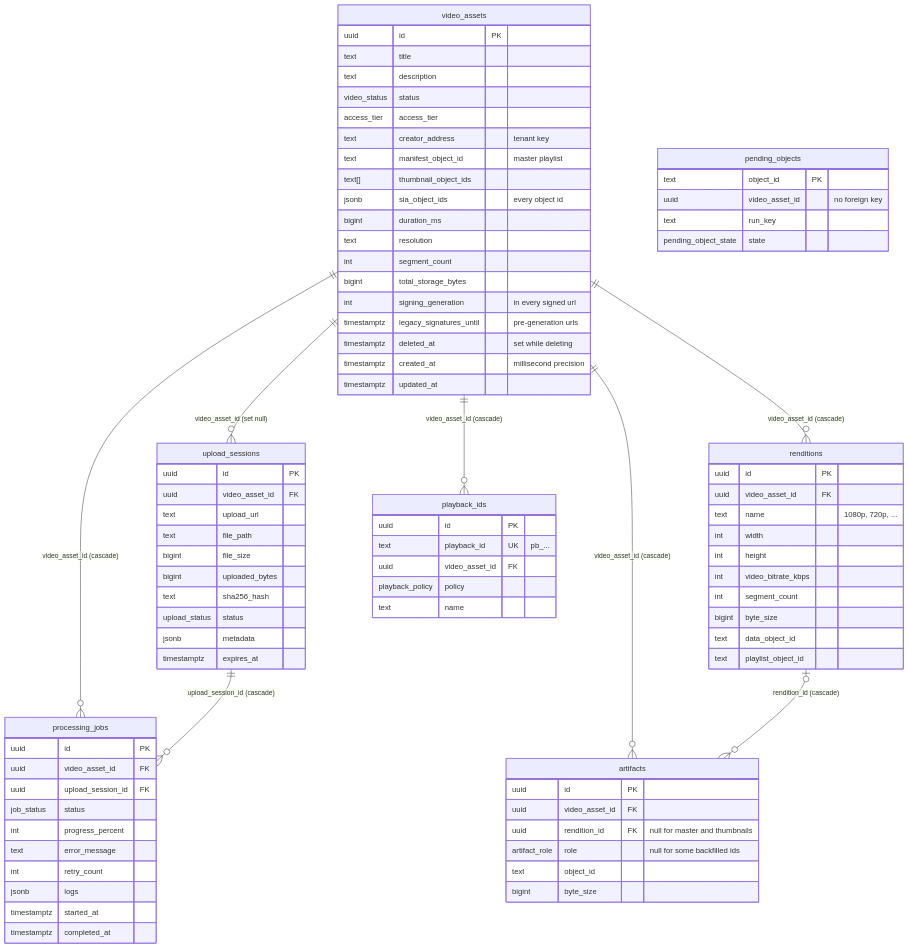
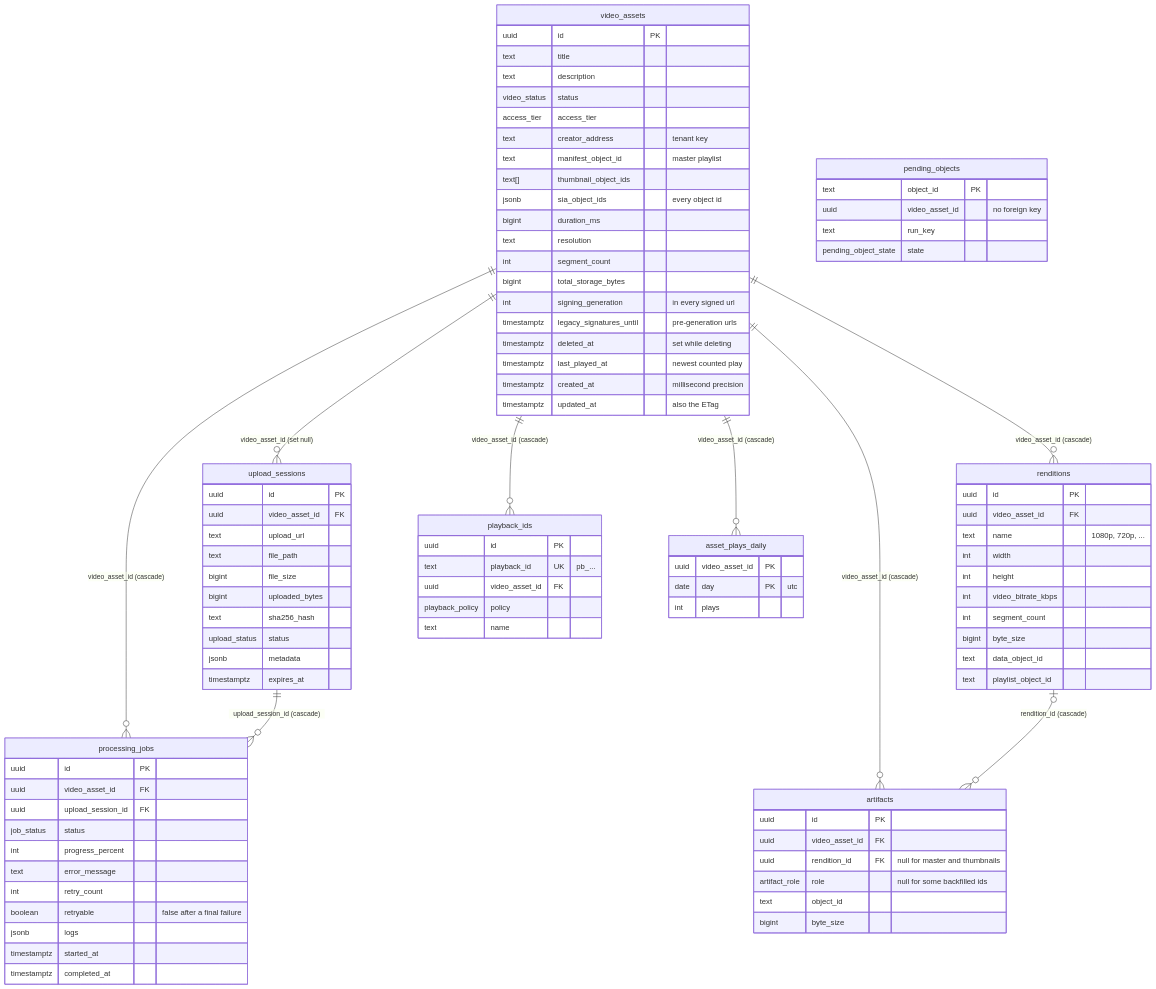
Before and after one commit to justmert/Sluby: the first of 4 diagrams in docs/architecture/data-model.md, drawn with Mermaid. The commit also changed other lines of this file and 8 other files, not shown here.

```diff
--- a/docs/architecture/data-model.md
+++ b/docs/architecture/data-model.md
@@ -18,6 +18,7 @@
   video_assets ||--o{ artifacts : "video_asset_id (cascade)"
   renditions |o--o{ artifacts : "rendition_id (cascade)"
   video_assets ||--o{ playback_ids : "video_asset_id (cascade)"
+  video_assets ||--o{ asset_plays_daily : "video_asset_id (cascade)"
 
   video_assets {
     uuid id PK
@@ -36,8 +37,14 @@
     int signing_generation "in every signed url"
     timestamptz legacy_signatures_until "pre-generation urls"
     timestamptz deleted_at "set while deleting"
+    timestamptz last_played_at "newest counted play"
     timestamptz created_at "millisecond precision"
-    timestamptz updated_at
+    timestamptz updated_at "also the ETag"
+  }
+  asset_plays_daily {
+    uuid video_asset_id PK
+    date day PK "utc"
+    int plays
   }
   upload_sessions {
     uuid id PK
@@ -59,6 +66,7 @@
     int progress_percent
     text error_message
     int retry_count
+    boolean retryable "false after a final failure"
     jsonb logs
     timestamptz started_at
     timestamptz completed_at
```
